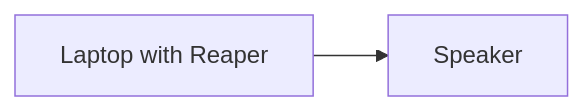
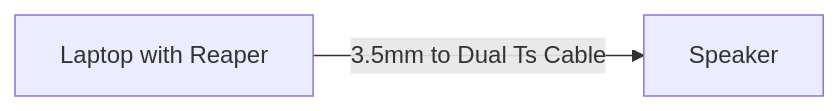
Before and after one commit to deniseten/EGL315: the second of 4 diagrams in README.md, drawn with Mermaid.

Commit message:
added signal flow for audio diagram

````diff
--- a/README.md
+++ b/README.md
@@ -16,4 +16,4 @@
 ```mermaid
 graph LR
-A[Laptop with Reaper] --> B[Speaker]
+A[Laptop with Reaper] -->|3.5mm to Dual Ts Cable| B[Speaker]
 ```
````
